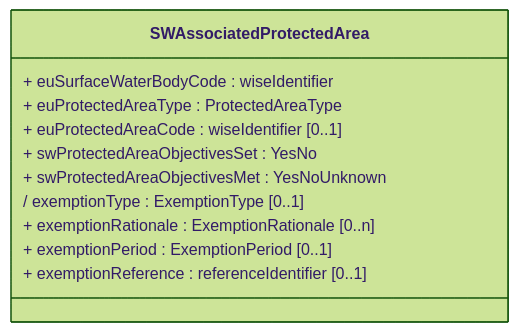
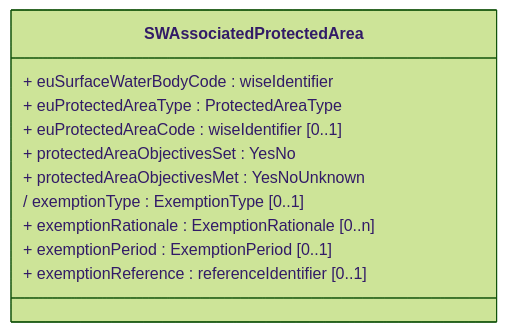
The fifth of 9 diagrams in docs/DataModelReview/WFDExemptions.md (eeadata/WISE.WFD.Documentation), drawn with Mermaid (forest theme) before and after one commit. The commit also changed other lines of this file, not shown here.

Commit message:
Typo in the AssociatedProtectedArea tables

````diff
--- a/docs/DataModelReview/WFDExemptions.md
+++ b/docs/DataModelReview/WFDExemptions.md
@@ -182,17 +182,17 @@
 ```{mermaid}
 :name: SWAssociatedProtectedAreaClass
 :caption: Surface Water Body - Associated Protected Area Exemption - 4th cycle
 :align: center
 classDiagram
 class SWAssociatedProtectedArea{
 	+ euSurfaceWaterBodyCode : wiseIdentifier
 	+ euProtectedAreaType : ProtectedAreaType 
 	+ euProtectedAreaCode : wiseIdentifier [0..1]
-	+ swProtectedAreaObjectivesSet : YesNo
-	+ swProtectedAreaObjectivesMet : YesNoUnknown
+	+ protectedAreaObjectivesSet : YesNo
+	+ protectedAreaObjectivesMet : YesNoUnknown
 	/ exemptionType : ExemptionType [0..1]
 	+ exemptionRationale : ExemptionRationale [0..n]
 	+ exemptionPeriod : ExemptionPeriod [0..1]
 	+ exemptionReference : referenceIdentifier [0..1]
 	   } 
 ```
````
